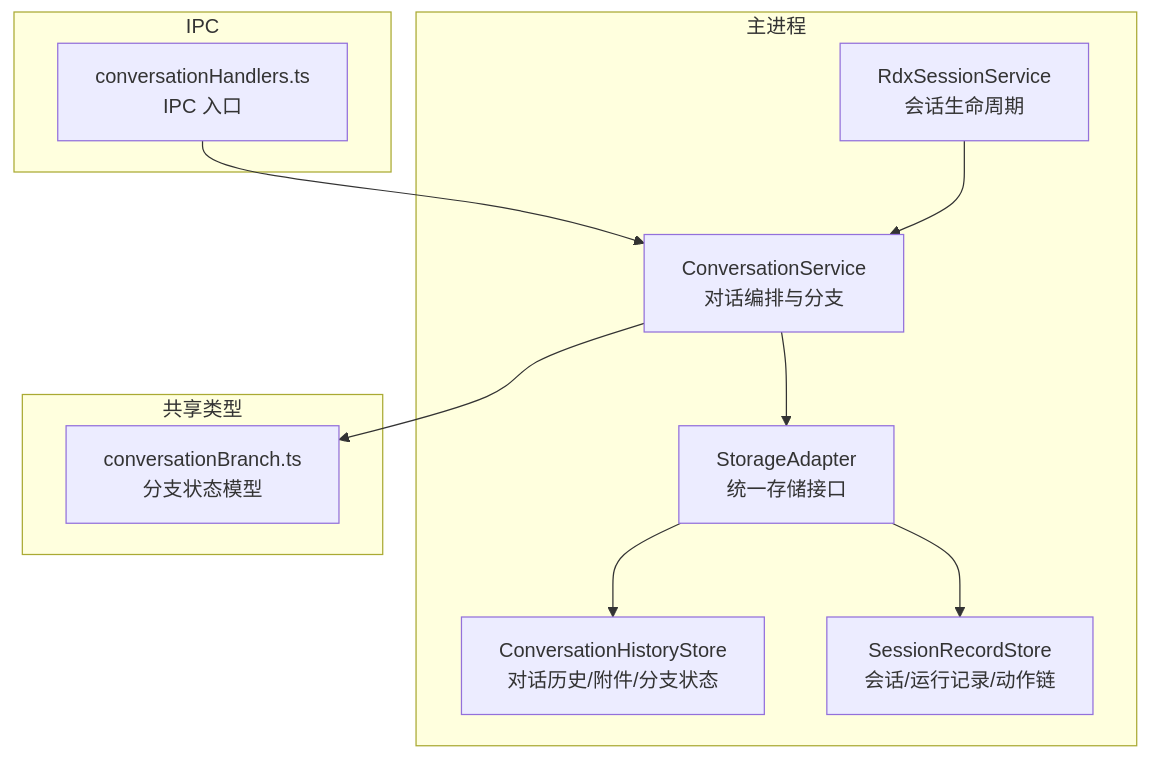
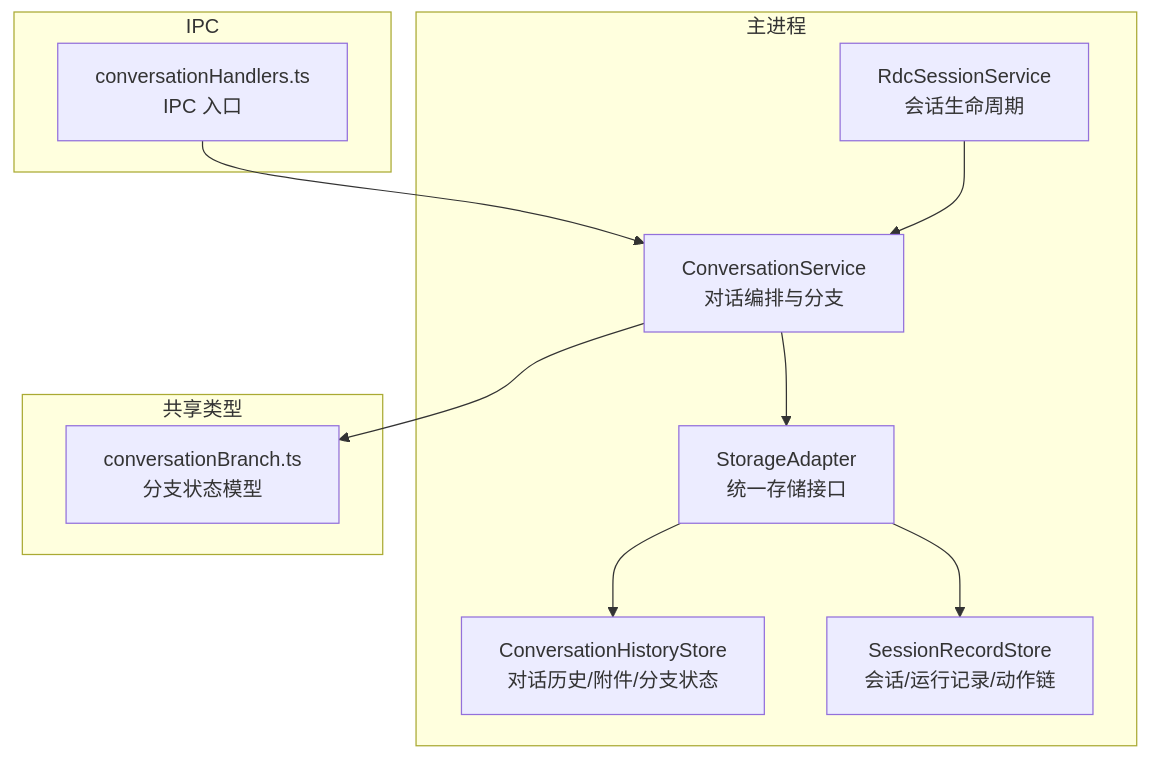
The first of 7 diagrams in .qoder/repowiki/zh/content/架构设计/主进程架构/会话管理系统.md (haolange/RDC-Agent), drawn with Mermaid before and after one commit. The commit also changed other lines of this file and 557 other files, not shown here.

````diff
--- a/.qoder/repowiki/zh/content/架构设计/主进程架构/会话管理系统.md
+++ b/.qoder/repowiki/zh/content/架构设计/主进程架构/会话管理系统.md
@@ -43,22 +43,22 @@
 ```mermaid
 graph TB
 subgraph "主进程"
-A["RdxSessionService<br/>会话生命周期"]
+A["RdcSessionService<br/>会话生命周期"]
 B["ConversationService<br/>对话编排与分支"]
 C["StorageAdapter<br/>统一存储接口"]
 D["ConversationHistoryStore<br/>对话历史/附件/分支状态"]
 E["SessionRecordStore<br/>会话/运行记录/动作链"]
 end
 subgraph "共享类型"
 T["conversationBranch.ts<br/>分支状态模型"]
 end
 subgraph "IPC"
 H["conversationHandlers.ts<br/>IPC 入口"]
 end
 H --> B
 B --> C
 C --> D
 C --> E
 A --> B
 B --> T
 ```
````
